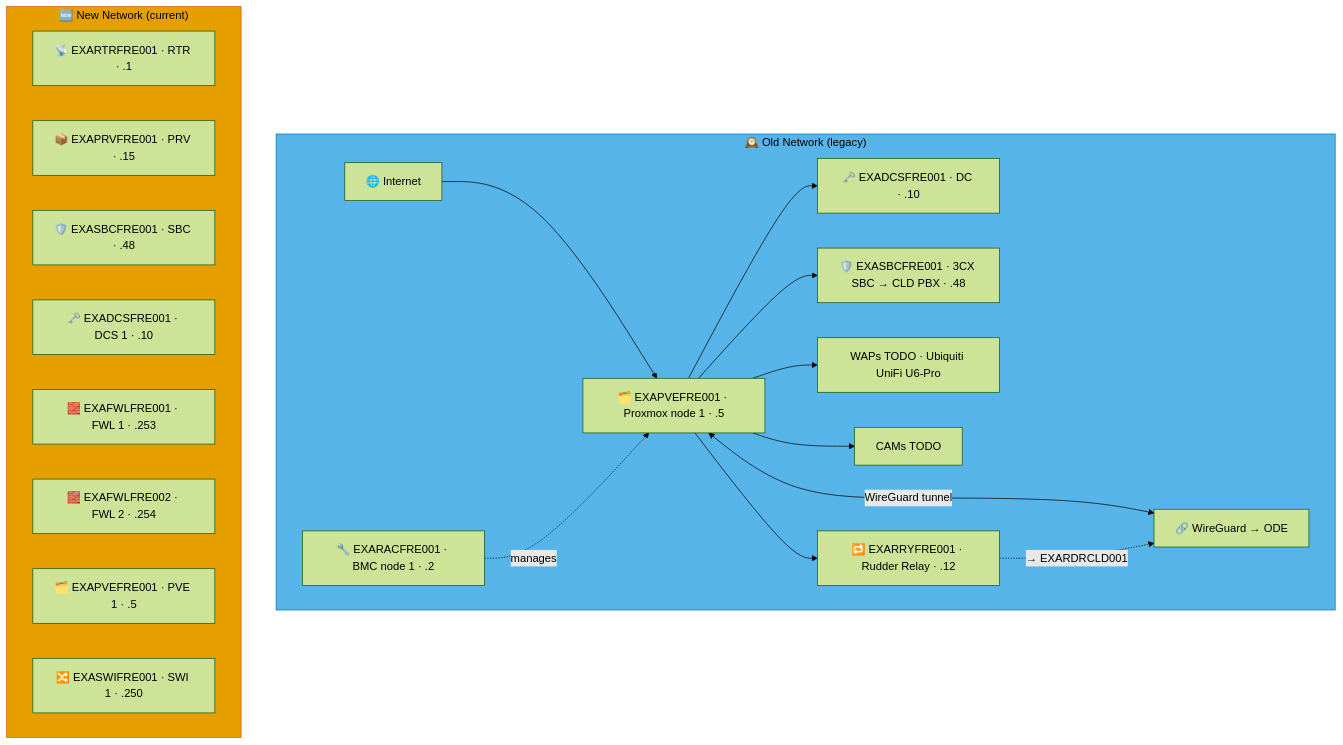
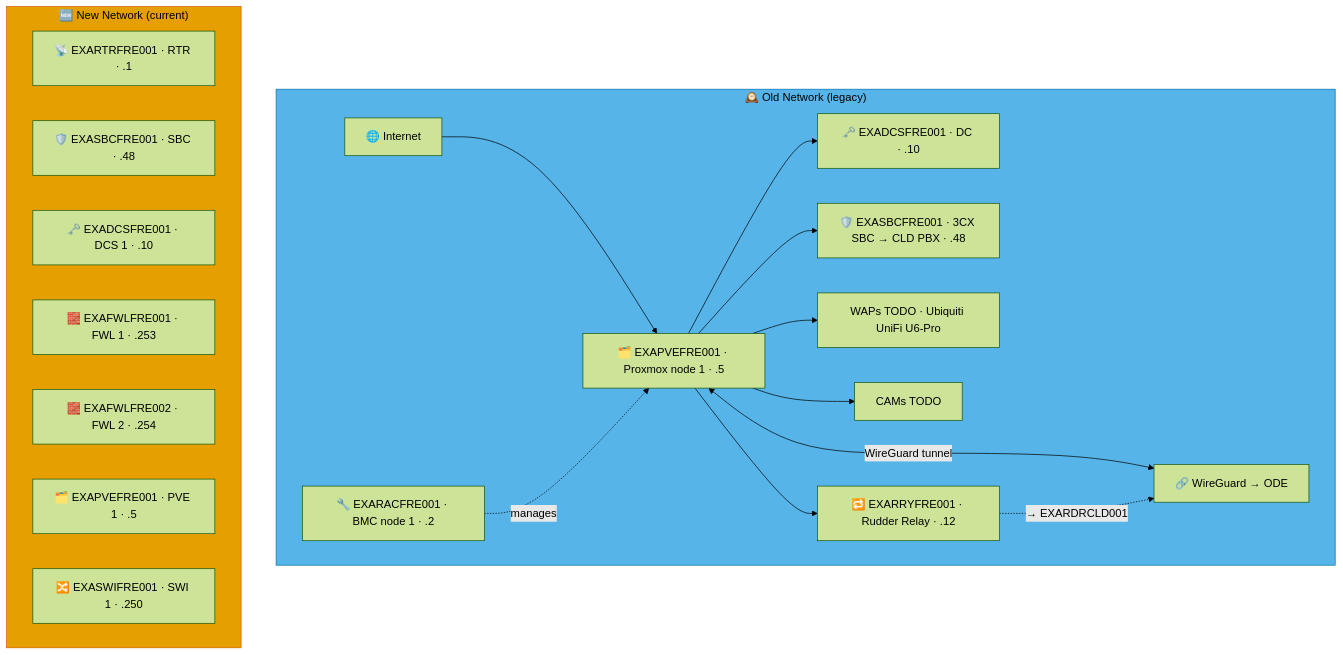
One commit to knightmare2600/example_music_infra changed the seventh of 9 diagrams in docs/network-diagram/danmark.md. Above: the diagram before and after it, drawn with Mermaid (forest theme). The commit also changed other lines of this file and 55 other files, not shown here.

````diff
--- a/docs/network-diagram/danmark.md
+++ b/docs/network-diagram/danmark.md
@@ -325,36 +319,35 @@
 ```mermaid
 graph TD
     subgraph OLD_FRE ["🕰️ Old Network (legacy)"]
       INET["🌐 Internet"]
       RAC["🔧 EXARACFRE001 · BMC node 1 · .2"]
       PVE["🗂️ EXAPVEFRE001 · Proxmox node 1 · .5"]
       DC["🗝️ EXADCSFRE001 · DC · .10"]
       SBC["🛡️ EXASBCFRE001 · 3CX SBC → CLD PBX · .48"]
       RRY["🔁 EXARRYFRE001 · Rudder Relay · .12"]
       WAP["WAPs TODO · Ubiquiti UniFi U6-Pro"]
       CAM["CAMs TODO"]
       VPN["🔗 WireGuard → ODE"]
 
       INET --> PVE --> DC & SBC
       RAC -.->|"manages"| PVE
       PVE --> WAP & CAM
       PVE <-->|"WireGuard tunnel"| VPN
 
       PVE --> RRY
       RRY -. "→ EXARDRCLD001" .-> VPN
     end
     style OLD_FRE fill:#56B4E9,stroke:#0072B2,color:#000000
     %% GENERATED:NEW-NETWORK:FRE:START
     subgraph NEW_FRE ["🆕 New Network (current)"]
       N_RTR["📡 EXARTRFRE001 · RTR · .1"]
-      N_PRV["📦 EXAPRVFRE001 · PRV · .15"]
       N_SBC["🛡️ EXASBCFRE001 · SBC · .48"]
       N_DCS["🗝️ EXADCSFRE001 · DCS 1 · .10"]
       N_FWL["🧱 EXAFWLFRE001 · FWL 1 · .253"]
       N_FWL2["🧱 EXAFWLFRE002 · FWL 2 · .254"]
       N_PVE["🗂️ EXAPVEFRE001 · PVE 1 · .5"]
       N_SWI["🔀 EXASWIFRE001 · SWI 1 · .250"]
     end
     style NEW_FRE fill:#E69F00,stroke:#D55E00,color:#000000
     %% GENERATED:NEW-NETWORK:FRE:END
 ```
````
